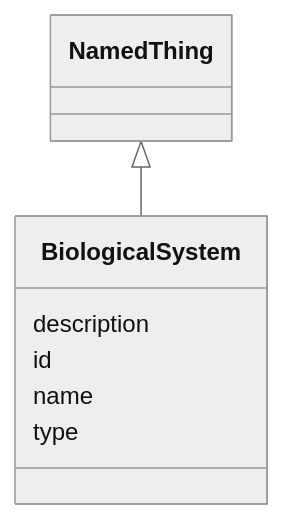
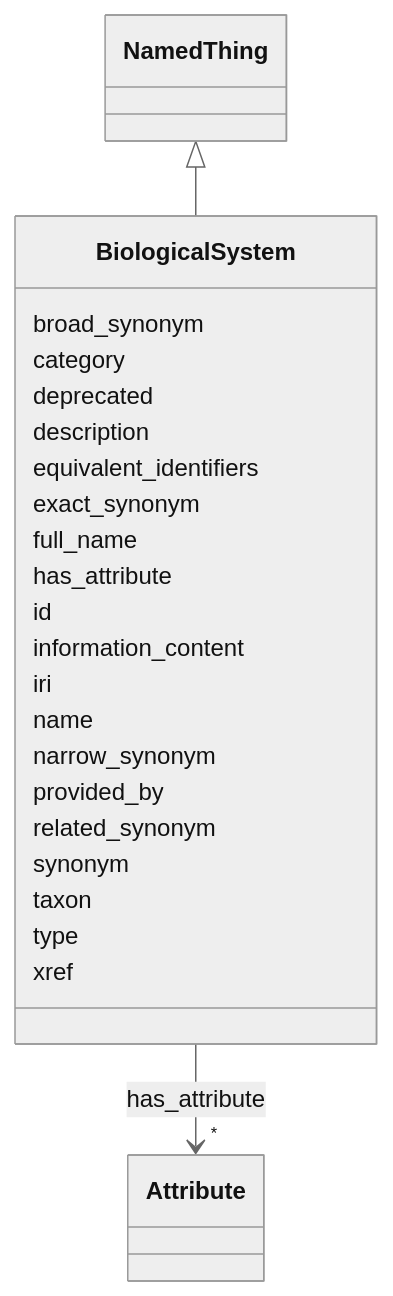
One commit to monarch-initiative/namo changed the diagram in docs/elements/BiologicalSystem.md. Above: the diagram before and after it, drawn with Mermaid (neutral theme). The commit also changed other lines of this file and 1232 other files, not shown here.

````diff
--- a/docs/elements/BiologicalSystem.md
+++ b/docs/elements/BiologicalSystem.md
@@ -13,17 +18,56 @@
 ```mermaid
  classDiagram
     class BiologicalSystem
     click BiologicalSystem href "../BiologicalSystem/"
       NamedThing <|-- BiologicalSystem
         click NamedThing href "../NamedThing/"
       
+      BiologicalSystem : broad_synonym
+        
+      BiologicalSystem : category
+        
+      BiologicalSystem : deprecated
+        
       BiologicalSystem : description
+        
+      BiologicalSystem : equivalent_identifiers
+        
+      BiologicalSystem : exact_synonym
+        
+      BiologicalSystem : full_name
+        
+      BiologicalSystem : has_attribute
+        
+          
+    
+        
+        
+        BiologicalSystem --> "*" Attribute : has_attribute
+        click Attribute href "../Attribute/"
+    
+
         
       BiologicalSystem : id
         
+      BiologicalSystem : information_content
+        
+      BiologicalSystem : iri
+        
       BiologicalSystem : name
+        
+      BiologicalSystem : narrow_synonym
+        
+      BiologicalSystem : provided_by
+        
+      BiologicalSystem : related_synonym
+        
+      BiologicalSystem : synonym
+        
+      BiologicalSystem : taxon
         
       BiologicalSystem : type
         
+      BiologicalSystem : xref
+        
       
 ```
````
